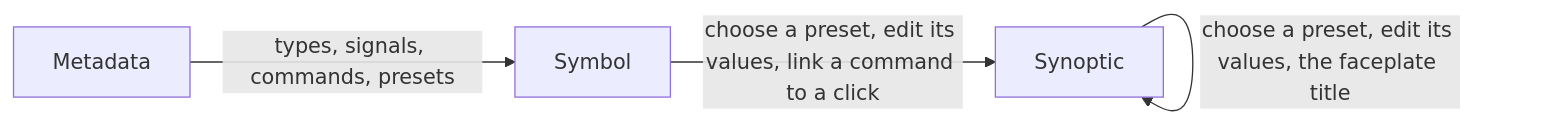
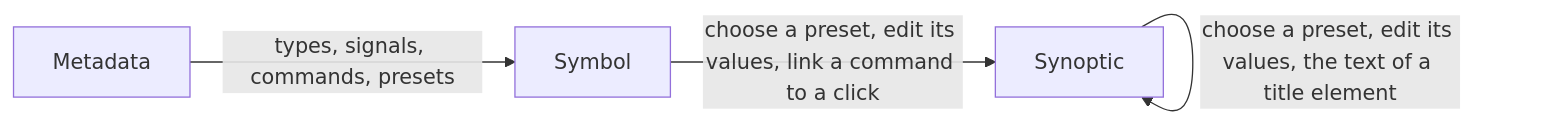
One commit to AlexandreGallais/synoptic-studio-spec changed the diagram in metadata/11-who-changes-what.md. Above: the diagram before and after it, drawn with Mermaid. The commit also changed other lines of this file and 7 other files, not shown here.

````diff
--- a/metadata/11-who-changes-what.md
+++ b/metadata/11-who-changes-what.md
@@ -25,6 +25,6 @@
 ```mermaid
 flowchart LR
     M[Metadata] -->|"types, signals, commands, presets"| S[Symbol]
     S -->|"choose a preset, edit its values, link a command to a click"| Y[Synoptic]
-    Y -->|"choose a preset, edit its values, the faceplate title"| Y
+    Y -->|"choose a preset, edit its values, the text of a title element"| Y
 ```
````
